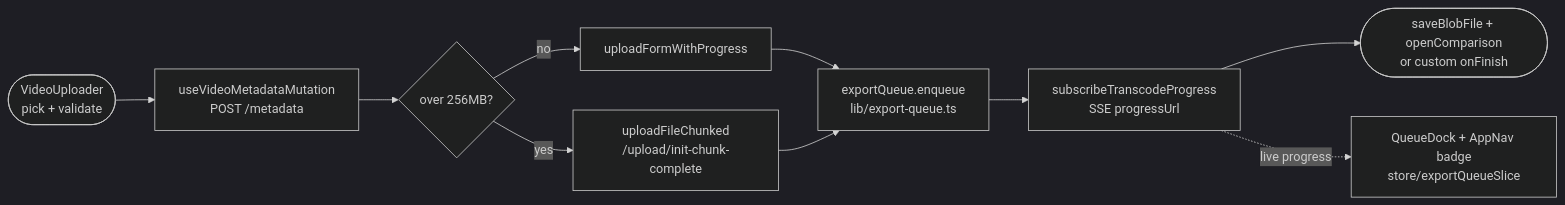
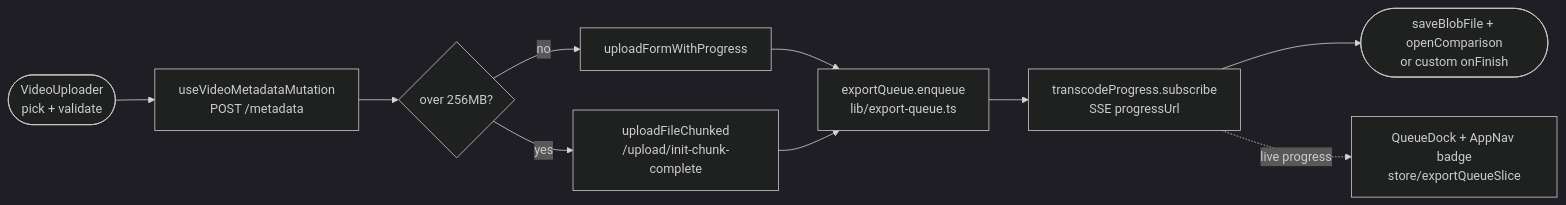
One commit to Iipal/ffmpego_editor changed the ninth of 10 diagrams in apps/web/README.md. Above: the diagram before and after it, drawn with Mermaid (dark theme). The commit also changed other lines of this file and 3 other files, not shown here.

Commit message:
refactor: transcode-progress functions into TranscodeProgress singleton, migrate export-queue caller

````diff
--- a/apps/web/README.md
+++ b/apps/web/README.md
@@ -178,12 +178,12 @@
 ```mermaid
 flowchart LR
     Pick([VideoUploader<br/>pick + validate]) --> Meta[useVideoMetadataMutation<br/>POST /metadata]
     Meta --> Chunk{over 256MB?}
     Chunk -- no --> Form[uploadFormWithProgress]
     Chunk -- yes --> Big[uploadFileChunked<br/>/upload/init-chunk-complete]
     Form --> TR[exportQueue.enqueue<br/>lib/export-queue.ts]
     Big --> TR
-    TR --> SSE[subscribeTranscodeProgress<br/>SSE progressUrl]
+    TR --> SSE[transcodeProgress.subscribe<br/>SSE progressUrl]
     SSE --> Save([saveBlobFile + openComparison<br/>or custom onFinish])
     SSE -. live progress .-> QD[QueueDock + AppNav badge<br/>store/exportQueueSlice]
 ```
````
